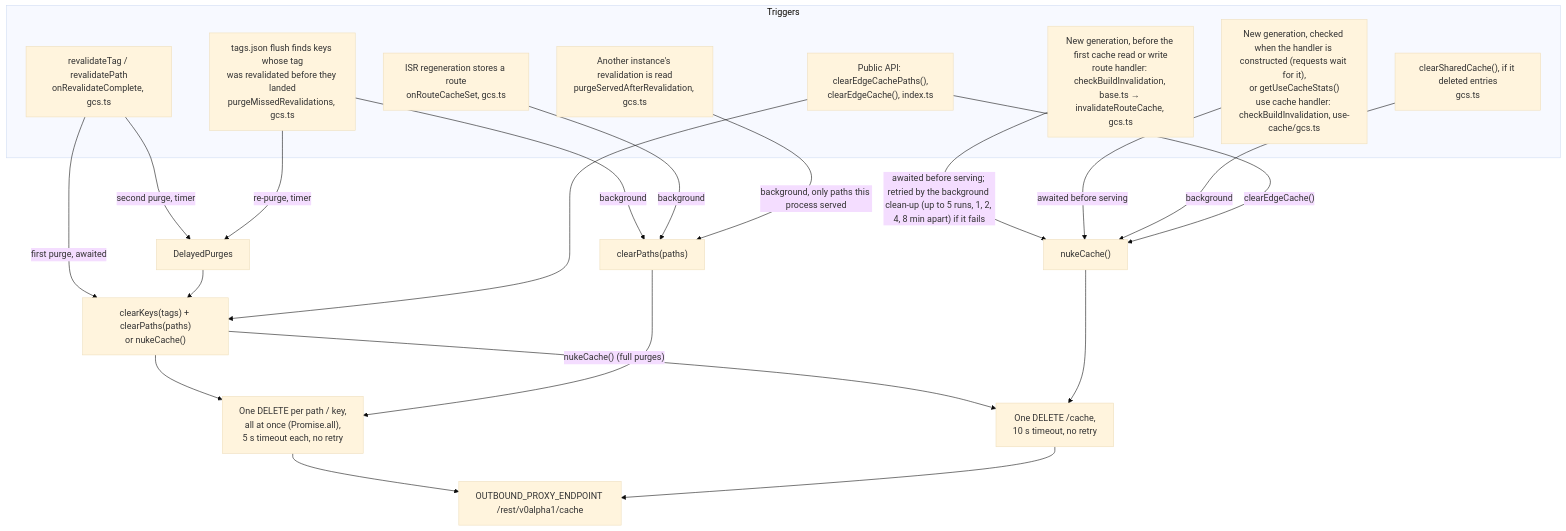
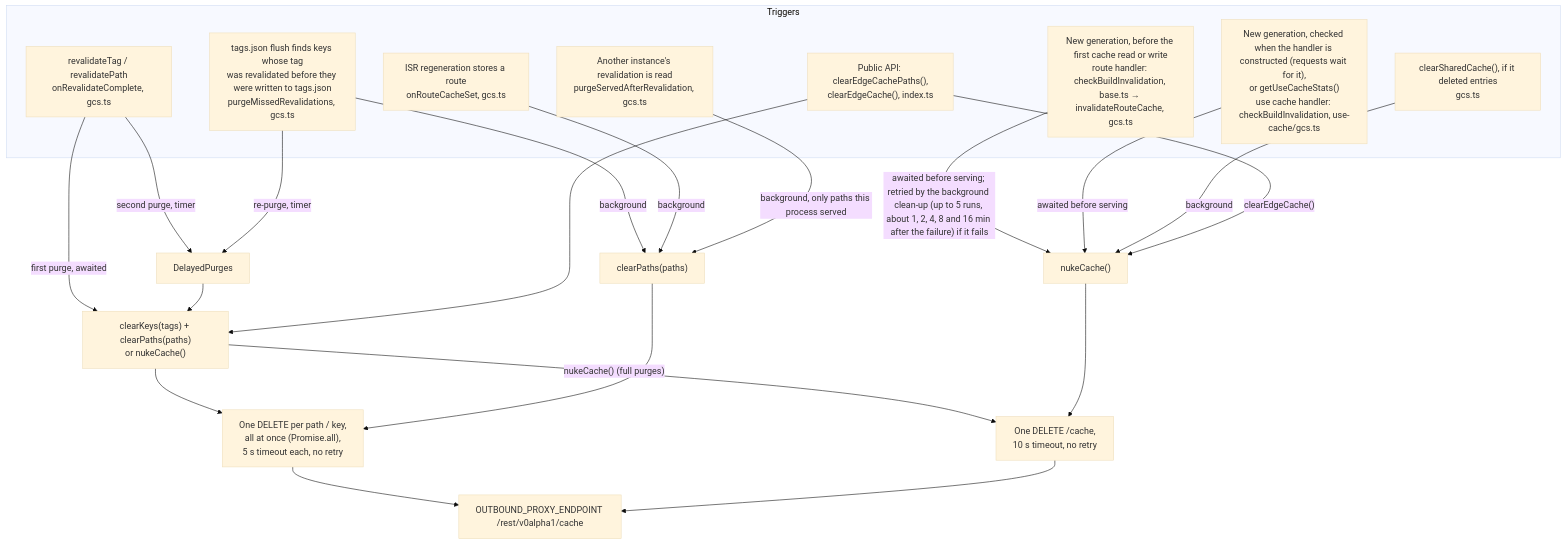
One commit to pantheon-systems/nextjs-cache-handler changed the fourth of 5 diagrams in ARCHITECTURE.md. Above: the diagram before and after it, drawn with Mermaid (base theme). The commit also changed other lines of this file and 1 other file, not shown here.

Commit message:
docs(SITE-6368): bring ARCHITECTURE.md up to date with the review fixes

````diff
--- a/ARCHITECTURE.md
+++ b/ARCHITECTURE.md
@@ -216,33 +216,33 @@
 ```mermaid
 flowchart TB
   subgraph triggers["Triggers"]
     t1["revalidateTag / revalidatePath<br/>onRevalidateComplete, gcs.ts"]
     t2["ISR regeneration stores a route<br/>onRouteCacheSet, gcs.ts"]
-    t3["tags.json flush finds keys whose tag<br/>was revalidated before they landed<br/>purgeMissedRevalidations, gcs.ts"]
+    t3["tags.json flush finds keys whose tag<br/>was revalidated before they were written to tags.json<br/>purgeMissedRevalidations, gcs.ts"]
     t4["New generation, before the first cache read or write<br/>route handler: checkBuildInvalidation, base.ts → invalidateRouteCache, gcs.ts"]
     t5["New generation, checked when the handler is constructed (requests wait for it),<br/>or getUseCacheStats()<br/>use cache handler: checkBuildInvalidation, use-cache/gcs.ts"]
     t6["clearSharedCache(), if it deleted entries<br/>gcs.ts"]
     t8["Another instance's revalidation is read<br/>purgeServedAfterRevalidation, gcs.ts"]
     t7["Public API: clearEdgeCachePaths(),<br/>clearEdgeCache(), index.ts"]
   end
 
   t1 -- "first purge, awaited" --> keysPaths["clearKeys(tags) + clearPaths(paths)<br/>or nukeCache()"]
   t1 -- "second purge, timer" --> dp[DelayedPurges]
   t3 -- "background" --> paths1["clearPaths(paths)"]
   t3 -- "re-purge, timer" --> dp
   dp --> keysPaths
   t2 -- "background" --> paths1
-  t4 -- "awaited before serving; retried by the background clean-up (up to 5 runs, 1, 2, 4, 8 min apart) if it fails" --> nuke["nukeCache()"]
+  t4 -- "awaited before serving; retried by the background clean-up (up to 5 runs, about 1, 2, 4, 8 and 16 min after the failure) if it fails" --> nuke["nukeCache()"]
   t5 -- "awaited before serving" --> nuke
   t6 -- "background" --> nuke
   t7 --> keysPaths
   t7 -- "clearEdgeCache()" --> nuke
   keysPaths -- "nukeCache() (full purges)" --> one
   t8 -- "background, only paths this process served" --> paths1
 
   keysPaths --> fan["One DELETE per path / key,<br/>all at once (Promise.all),<br/>5 s timeout each, no retry"]
   paths1 --> fan
   nuke --> one["One DELETE /cache,<br/>10 s timeout, no retry"]
   fan --> proxy[OUTBOUND_PROXY_ENDPOINT /rest/v0alpha1/cache]
   one --> proxy
 ```
````
